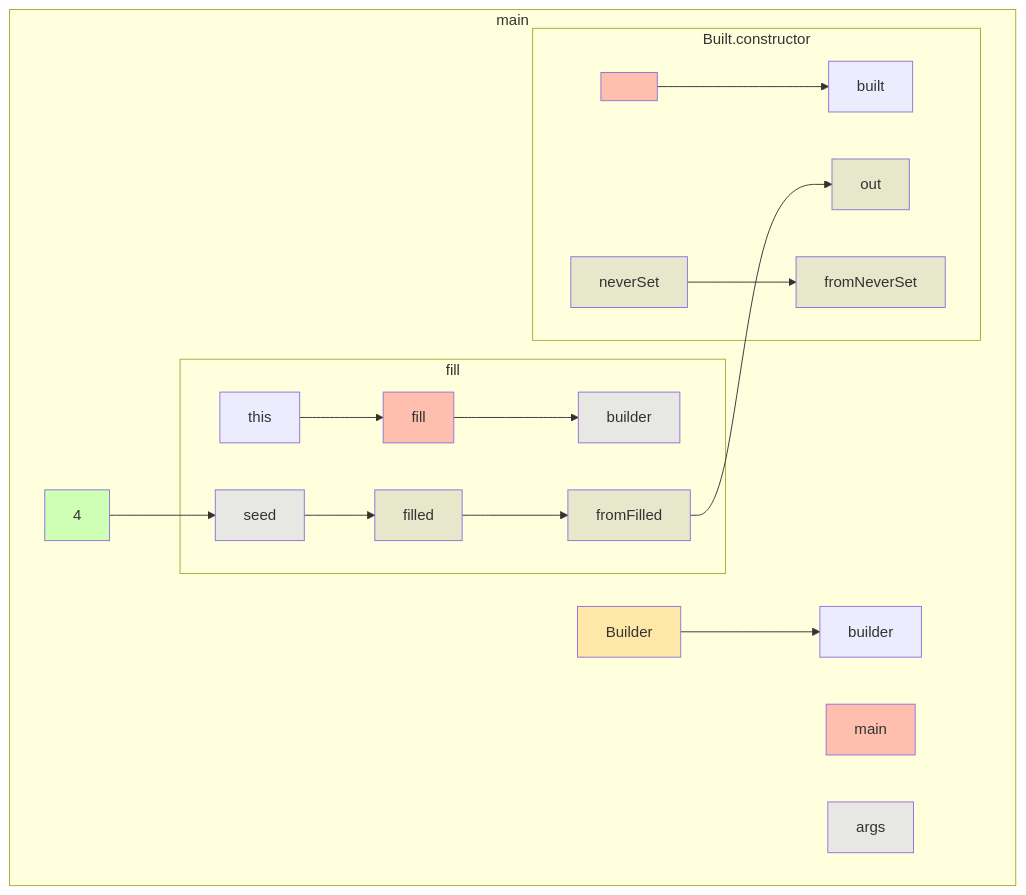
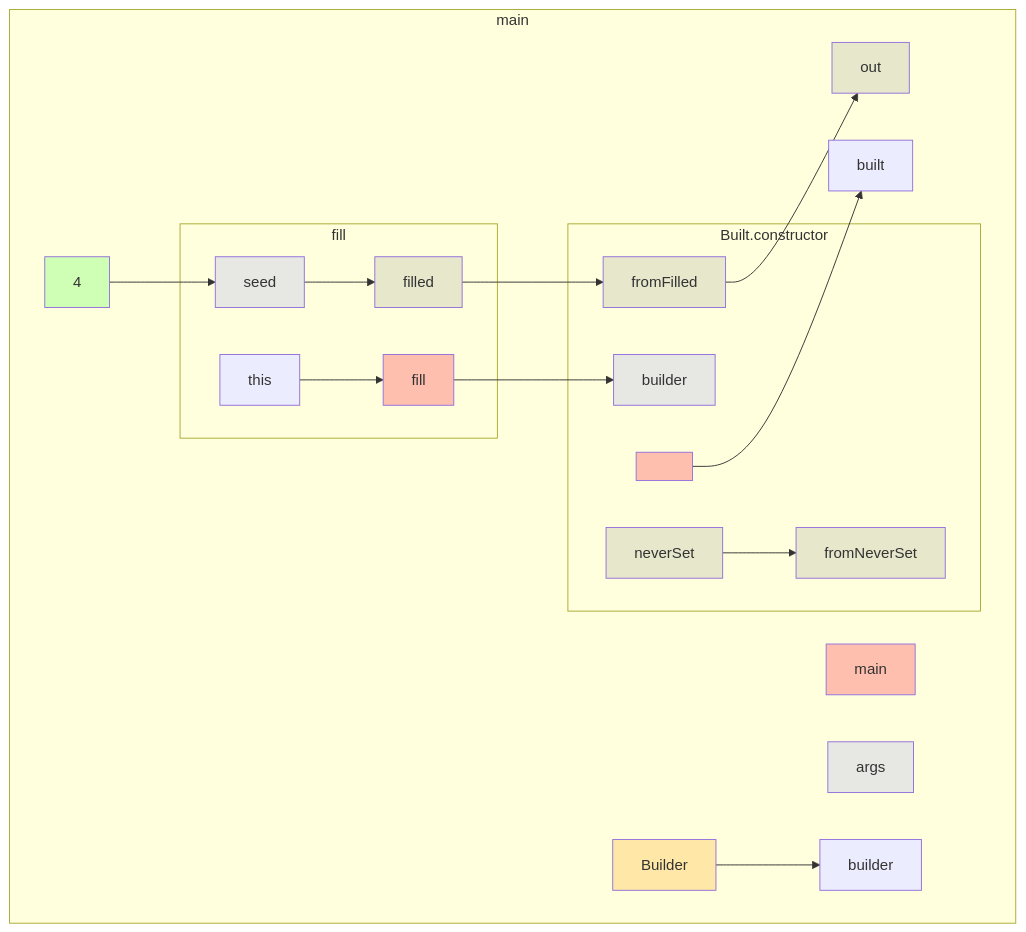
One commit to gstiebler/codeflow changed the diagram in app/src/test/resources/unassignedField/truth.md. Above: the diagram before and after it, drawn with Mermaid. The commit also changed 34 other files, not shown here.

````diff
--- a/app/src/test/resources/unassignedField/truth.md
+++ b/app/src/test/resources/unassignedField/truth.md
@@ -1,41 +1,41 @@
 ```mermaid
 flowchart TD
   subgraph b0["main"]
     n1[main]:::RETURN
     n2[args]:::FUNC_PARAM
     n3[Builder]:::EXTERNAL
     n4[builder]:::OBJ_VARIABLE
     n5[4]:::LITERAL
     n17[built]:::OBJ_VARIABLE
     n18[out]:::VARIABLE
     n3[Builder]:::EXTERNAL --> n4[builder]:::OBJ_VARIABLE
     n5[4]:::LITERAL --> n8[seed]:::FUNC_PARAM
+    n7[fill]:::RETURN --> n13[builder]:::FUNC_PARAM
+    n9[filled]:::VARIABLE --> n14[fromFilled]:::VARIABLE
+    n12[<init>]:::RETURN --> n17[built]:::OBJ_VARIABLE
+    n14[fromFilled]:::VARIABLE --> n18[out]:::VARIABLE
     subgraph b6["fill"]
       n7[fill]:::RETURN
       n8[seed]:::FUNC_PARAM
       n9[filled]:::VARIABLE
       n10[this]:::OBJ_VARIABLE
-      n7[fill]:::RETURN --> n13[builder]:::FUNC_PARAM
       n8[seed]:::FUNC_PARAM --> n9[filled]:::VARIABLE
-      n9[filled]:::VARIABLE --> n14[fromFilled]:::VARIABLE
       n10[this]:::OBJ_VARIABLE --> n7[fill]:::RETURN
     end
     subgraph b11["Built.constructor"]
       n12[<init>]:::RETURN
       n13[builder]:::FUNC_PARAM
       n14[fromFilled]:::VARIABLE
       n15[neverSet]:::VARIABLE
       n16[fromNeverSet]:::VARIABLE
-      n12[<init>]:::RETURN --> n17[built]:::OBJ_VARIABLE
-      n14[fromFilled]:::VARIABLE --> n18[out]:::VARIABLE
       n15[neverSet]:::VARIABLE --> n16[fromNeverSet]:::VARIABLE
     end
   end
   classDef LITERAL fill:#00FF0030
   classDef VARIABLE fill:#80808030
   classDef BIN_OP fill:#80808080
   classDef FUNC_PARAM fill:#8080FF30
   classDef RETURN fill:#FF808080
   classDef EXTERNAL fill:#FFA50040
   classDef UNMODELLED fill:#FF000030,stroke-dasharray: 4 2
 ```
````
